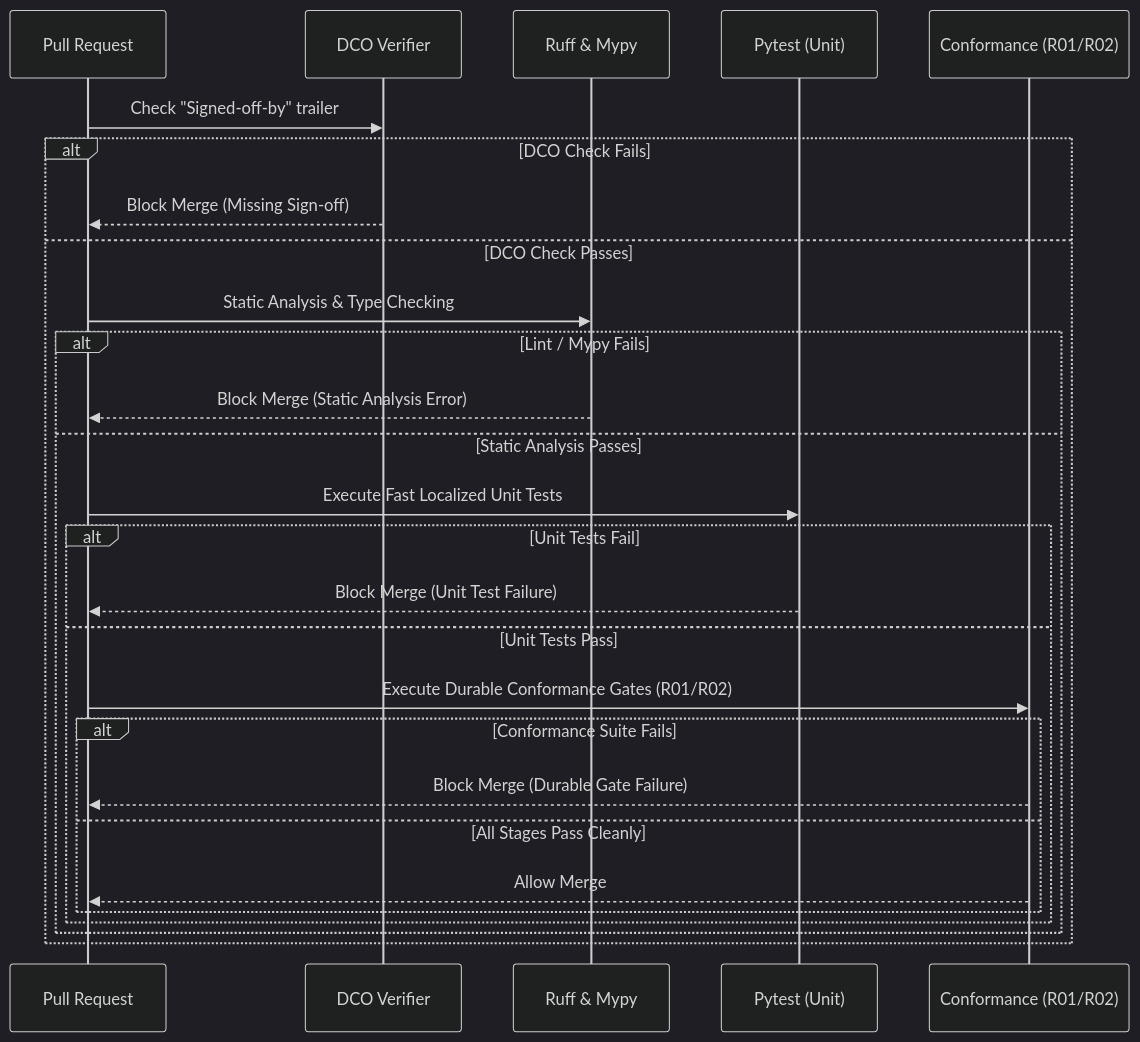
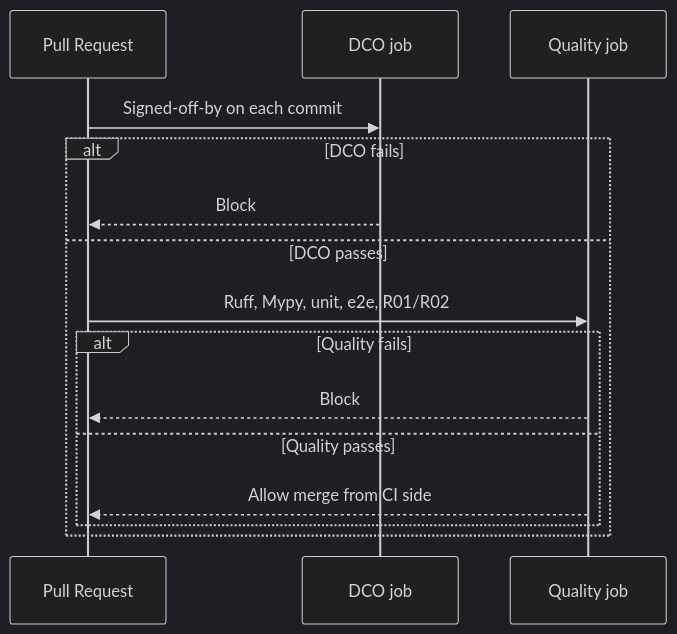
The second of 2 diagrams in infrastructure.md (Coder-s-OG-s/Trajectory-IR), drawn with Mermaid (dark theme) before and after one commit. The commit also changed other lines of this file and 27 other files, not shown here.

````diff
--- a/infrastructure.md
+++ b/infrastructure.md
@@ -88,30 +88,18 @@
 ```mermaid
 sequenceDiagram
     participant PR as Pull Request
-    participant DCO as DCO Verifier
-    participant Lint as Ruff & Mypy
-    participant Unit as Pytest (Unit)
-    participant Conf as Conformance (R01/R02)
+    participant DCO as DCO job
+    participant Q as Quality job
 
-    PR->>DCO: Check "Signed-off-by" trailer
-    alt DCO Check Fails
-        DCO-->>PR: Block Merge (Missing Sign-off)
-    else DCO Check Passes
-        PR->>Lint: Static Analysis & Type Checking
-        alt Lint / Mypy Fails
-            Lint-->>PR: Block Merge (Static Analysis Error)
-        else Static Analysis Passes
-            PR->>Unit: Execute Fast Localized Unit Tests
-            alt Unit Tests Fail
-                Unit-->>PR: Block Merge (Unit Test Failure)
-            else Unit Tests Pass
-                PR->>Conf: Execute Durable Conformance Gates (R01/R02)
-                alt Conformance Suite Fails
-                    Conf-->>PR: Block Merge (Durable Gate Failure)
-                else All Stages Pass Cleanly
-                    Conf-->>PR: Allow Merge
-                end
-            end
+    PR->>DCO: Signed-off-by on each commit
+    alt DCO fails
+        DCO-->>PR: Block
+    else DCO passes
+        PR->>Q: Ruff, Mypy, unit, e2e, R01/R02
+        alt Quality fails
+            Q-->>PR: Block
+        else Quality passes
+            Q-->>PR: Allow merge from CI side
         end
     end
 ```
````
